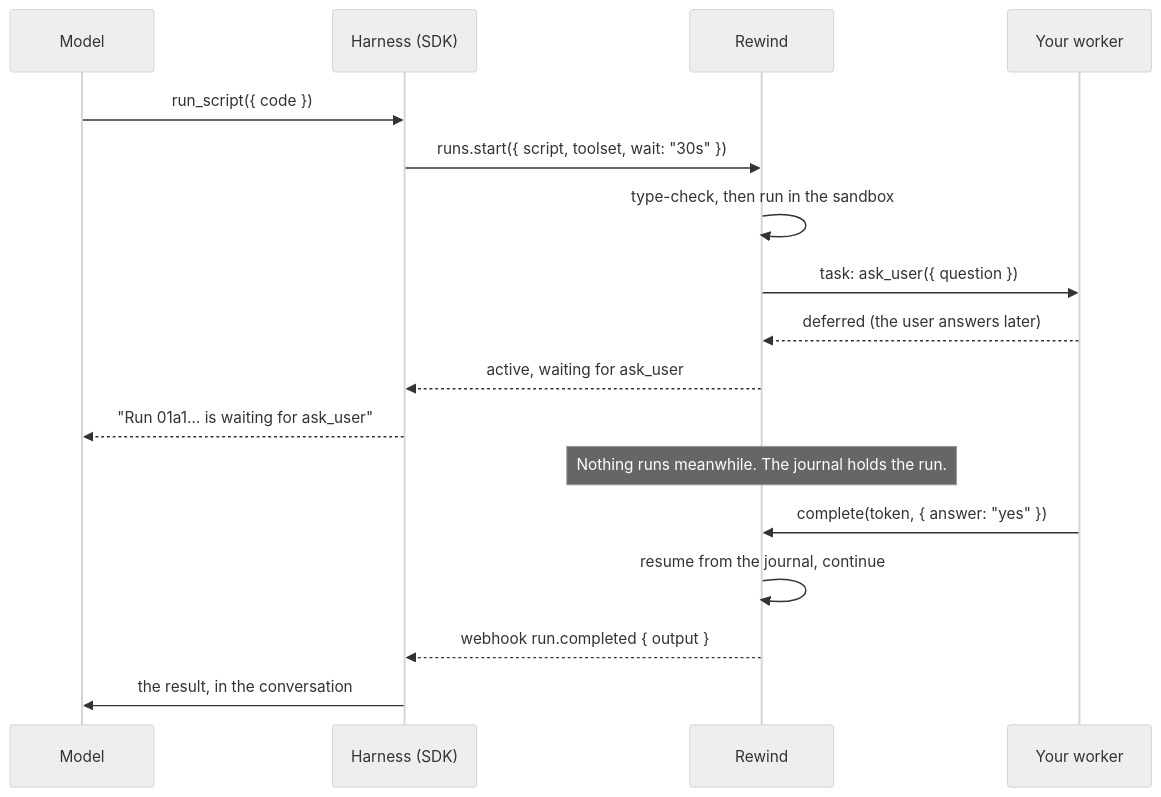
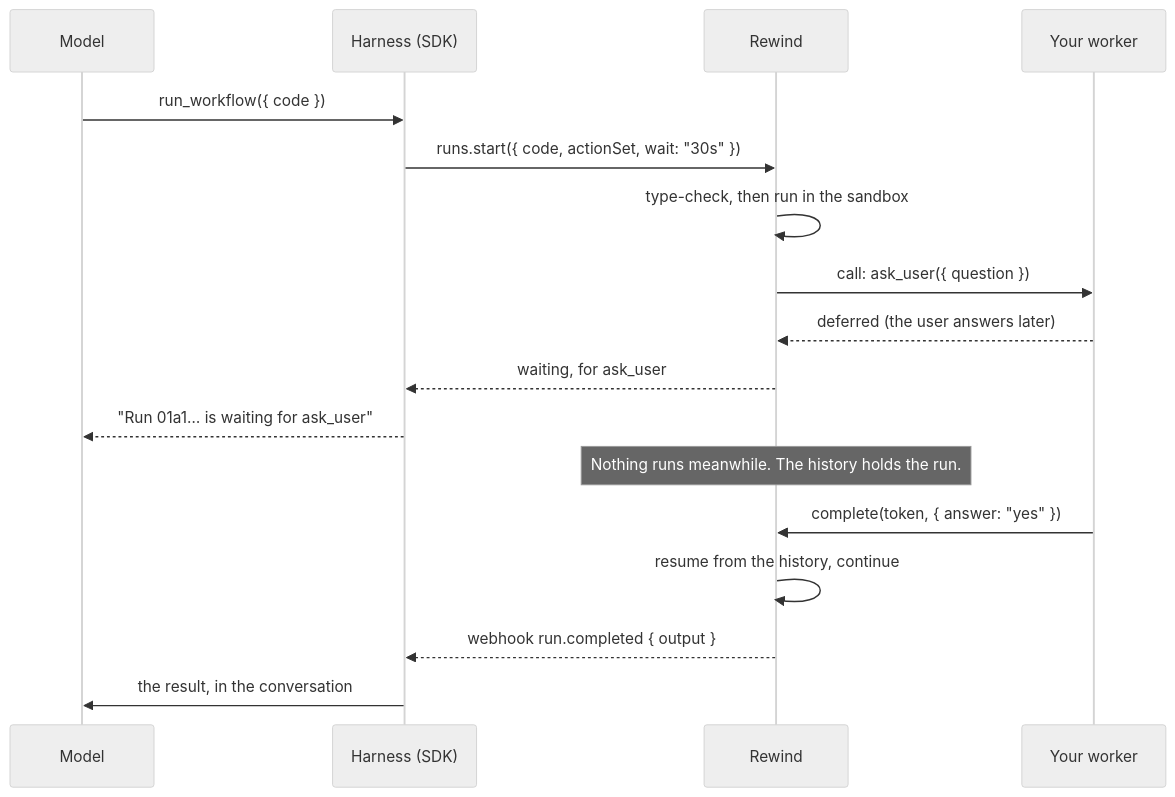
The second of 2 diagrams in docs/concepts/how-it-works.mdx (planchon/rewind.codes), drawn with Mermaid (neutral theme) before and after one commit. The commit also changed other lines of this file and 49 other files, not shown here.

````diff
--- a/docs/concepts/how-it-works.mdx
+++ b/docs/concepts/how-it-works.mdx
@@ -81,19 +82,19 @@
 ```mermaid
 sequenceDiagram
   participant M as Model
   participant H as Harness (SDK)
   participant R as Rewind
   participant W as Your worker
-  M->>H: run_script({ code })
-  H->>R: runs.start({ script, toolset, wait: "30s" })
+  M->>H: run_workflow({ code })
+  H->>R: runs.start({ code, actionSet, wait: "30s" })
   R->>R: type-check, then run in the sandbox
-  R->>W: task: ask_user({ question })
+  R->>W: call: ask_user({ question })
   W-->>R: deferred (the user answers later)
-  R-->>H: active, waiting for ask_user
+  R-->>H: waiting, for ask_user
   H-->>M: "Run 01a1… is waiting for ask_user"
-  Note over R: Nothing runs meanwhile. The journal holds the run.
+  Note over R: Nothing runs meanwhile. The history holds the run.
   W->>R: complete(token, { answer: "yes" })
-  R->>R: resume from the journal, continue
+  R->>R: resume from the history, continue
   R-->>H: webhook run.completed { output }
   H->>M: the result, in the conversation
 ```
````
